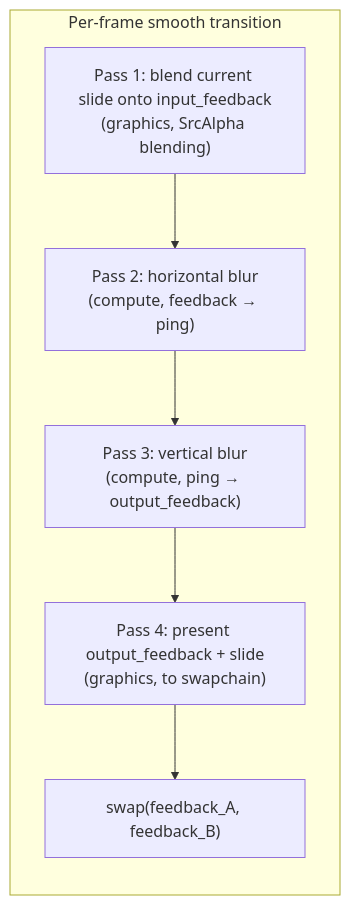
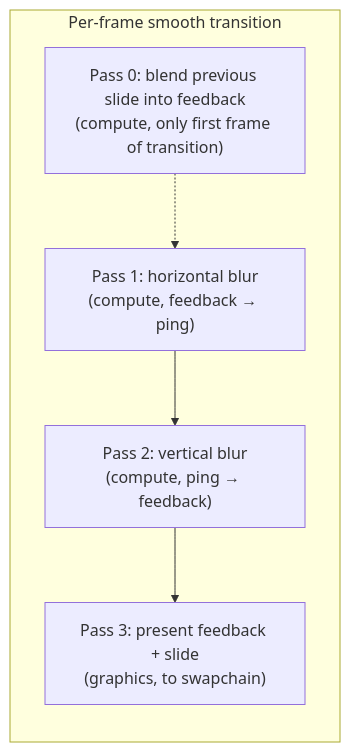
The second of 2 diagrams in README.md (jeroenbakker-atmind/rs-vulkan), drawn with Mermaid before and after one commit. The commit also changed other lines of this file and 7 other files, not shown here.

````diff
--- a/README.md
+++ b/README.md
@@ -73,9 +72,8 @@
 ```mermaid
 flowchart LR
     subgraph Frame [Per-frame smooth transition]
-        A["Pass 1: blend current slide onto input_feedback\n(graphics, SrcAlpha blending)"] --> B["Pass 2: horizontal blur\n(compute, feedback → ping)"]
-        B --> C["Pass 3: vertical blur\n(compute, ping → output_feedback)"]
-        C --> D["Pass 4: present output_feedback + slide\n(graphics, to swapchain)"]
-        D --> E["swap(feedback_A, feedback_B)"]
+        A["Pass 0: blend previous slide into feedback\n(compute, only first frame of transition)"] -.-> B["Pass 1: horizontal blur\n(compute, feedback → ping)"]
+        B --> C["Pass 2: vertical blur\n(compute, ping → feedback)"]
+        C --> D["Pass 3: present feedback + slide\n(graphics, to swapchain)"]
     end
 ```
````
